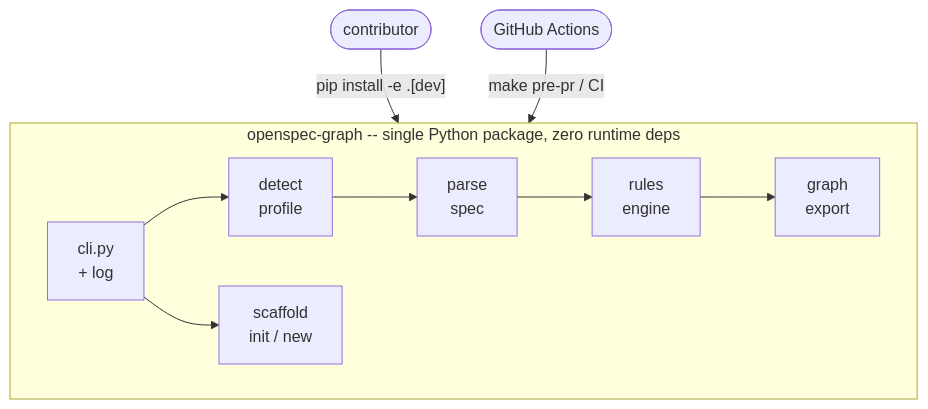
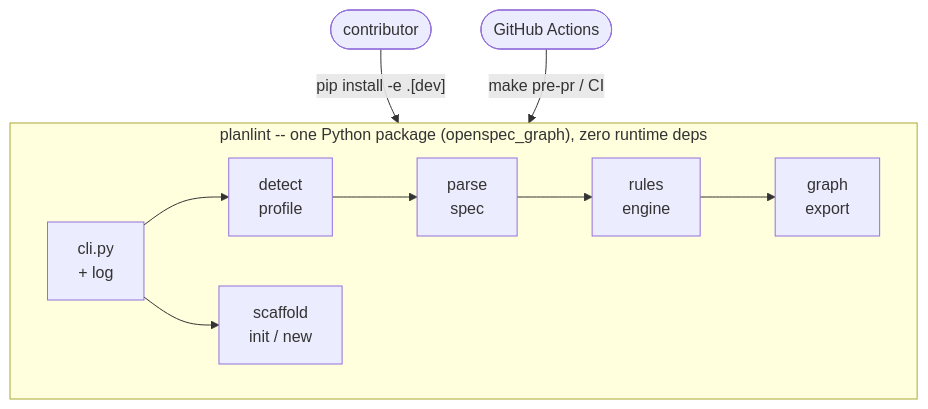
One commit to ianshank/OpenSpec-Graph changed the second of 4 diagrams in docs/architecture/c4.md. Above: the diagram before and after it, drawn with Mermaid. The commit also changed other lines of this file and 90 other files, not shown here.

````diff
--- a/docs/architecture/c4.md
+++ b/docs/architecture/c4.md
@@ -25,12 +25,12 @@
 ```mermaid
 flowchart TB
     contributor(["contributor"]) -->|"pip install -e .[dev]"| cli
     ci(["GitHub Actions"]) -->|"make pre-pr / CI"| cli
 
-    subgraph pkg["openspec-graph -- single Python package, zero runtime deps"]
+    subgraph pkg["planlint -- one Python package (openspec_graph), zero runtime deps"]
         direction LR
         cli["cli.py<br/>+ log"] --> detect["detect<br/>profile"] --> parse["parse<br/>spec"] --> rules["rules<br/>engine"]
         cli --> scaffold["scaffold<br/>init / new"]
         rules --> graphmod["graph<br/>export"]
     end
 ```
````
